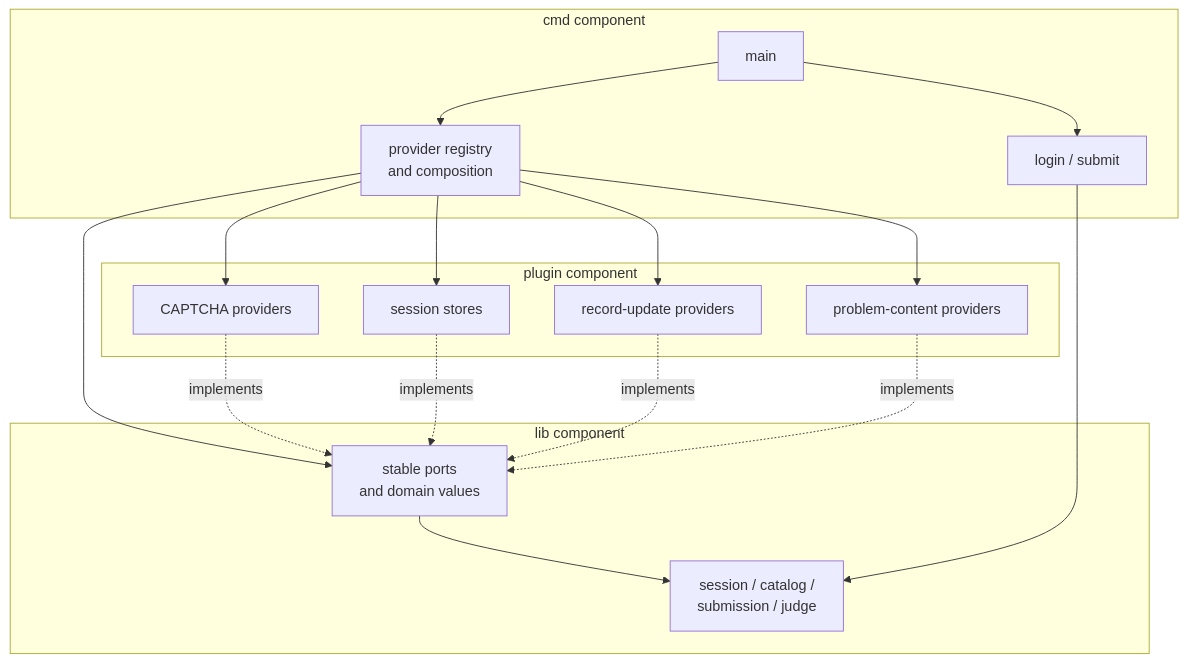
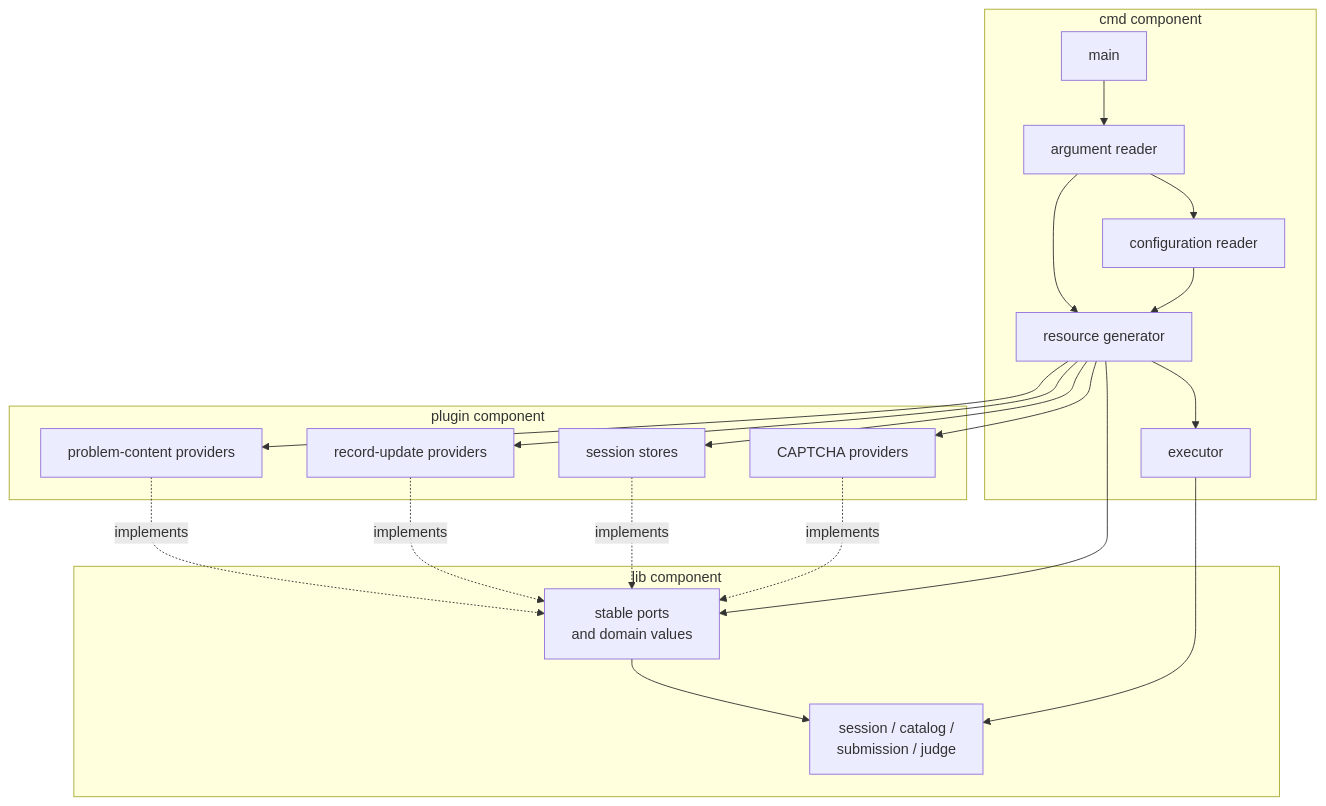
Before and after one commit to haomingbai/lgc: the first of 3 diagrams in docs/design.md, drawn with Mermaid. The commit also changed other lines of this file and 1 other file, not shown here.

````diff
--- a/docs/design.md
+++ b/docs/design.md
@@ -45,34 +52,39 @@
 ```mermaid
 flowchart TB
     subgraph CMD["cmd component"]
         Main["main"]
-        Commands["login / submit"]
-        Composer["provider registry<br/>and composition"]
-        Main --> Commands
-        Main --> Composer
+        Args["argument reader"]
+        Config["configuration reader"]
+        Generate["resource generator"]
+        Execute["executor"]
+        Main --> Args
+        Args --> Config
+        Args --> Generate
+        Config --> Generate
+        Generate --> Execute
     end
 
     subgraph LIB["lib component"]
         Contracts["stable ports<br/>and domain values"]
         Core["session / catalog /<br/>submission / judge"]
         Contracts --> Core
     end
 
     subgraph PLUGINS["plugin component"]
         Captcha["CAPTCHA providers"]
         Store["session stores"]
         Updates["record-update providers"]
         Problem["problem-content providers"]
     end
 
-    Commands --> Core
-    Composer --> Contracts
-    Composer --> Captcha
-    Composer --> Store
-    Composer --> Updates
-    Composer --> Problem
+    Execute --> Core
+    Generate --> Contracts
+    Generate --> Captcha
+    Generate --> Store
+    Generate --> Updates
+    Generate --> Problem
     Captcha -.->|"implements"| Contracts
     Store -.->|"implements"| Contracts
     Updates -.->|"implements"| Contracts
     Problem -.->|"implements"| Contracts
 ```
````
